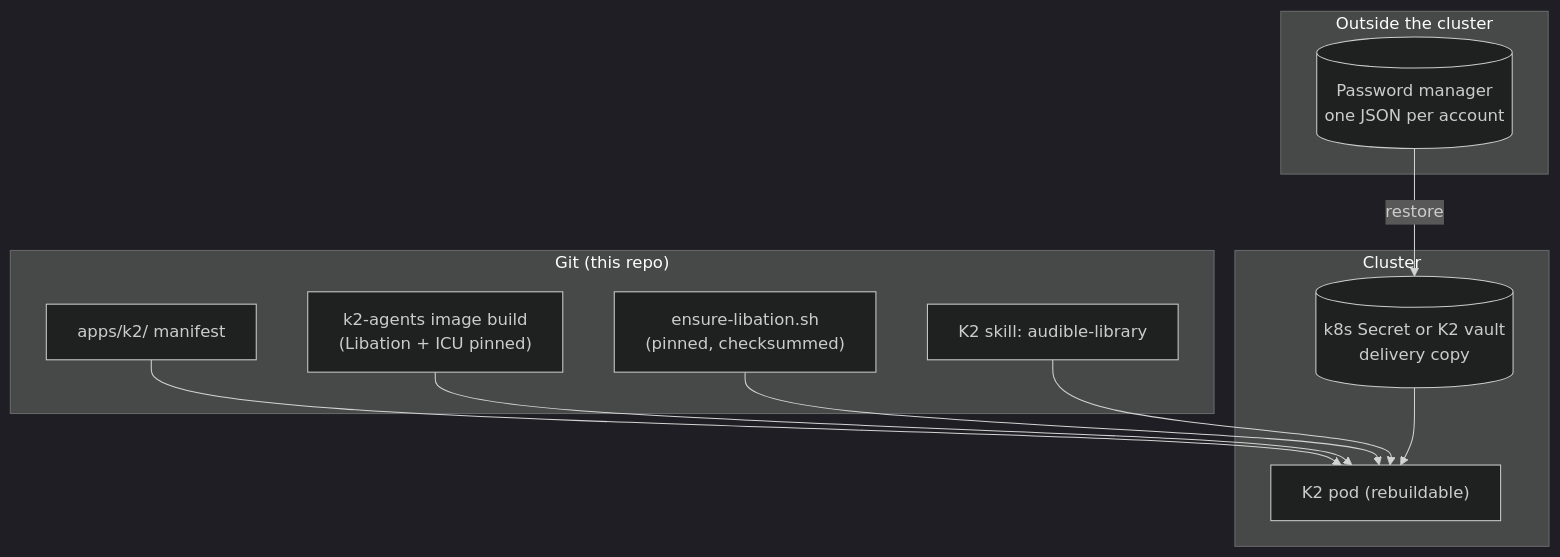
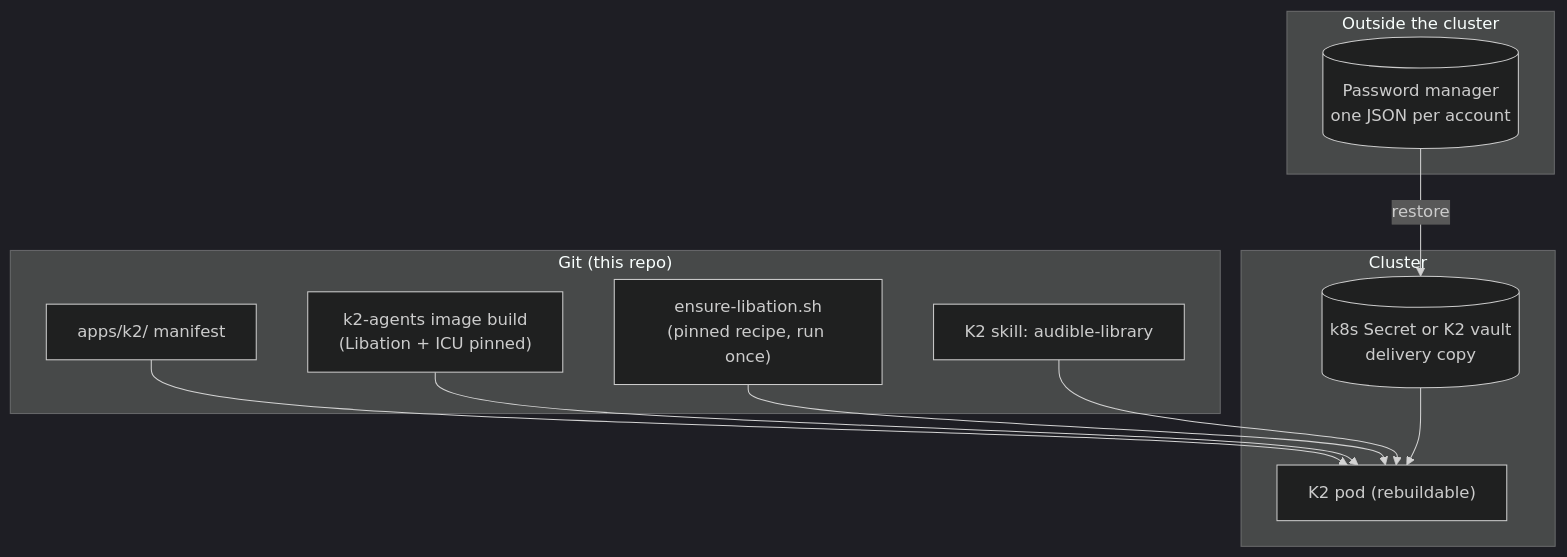
One commit to mlops-club/homelab-cluster changed the diagram in .roadmap/features/planning/audible-libation-agent/05-setup-and-reproducibility.md. Above: the diagram before and after it, drawn with Mermaid (dark theme). The commit also changed other lines of this file and 1 other file, not shown here.

Commit message:
docs(audible-agent): run install recipe once, add visual MVP plan

````diff
--- a/.roadmap/features/planning/audible-libation-agent/05-setup-and-reproducibility.md
+++ b/.roadmap/features/planning/audible-libation-agent/05-setup-and-reproducibility.md
@@ -33,21 +35,21 @@
 ```mermaid
 flowchart TB
   subgraph git["Git (this repo)"]
     M["apps/k2/ manifest"]
     I["k2-agents image build<br/>(Libation + ICU pinned)"]
-    S["ensure-libation.sh<br/>(pinned, checksummed)"]
+    S["ensure-libation.sh<br/>(pinned recipe, run once)"]
     SK["K2 skill: audible-library"]
   end
   subgraph outside["Outside the cluster"]
     PW[("Password manager<br/>one JSON per account")]
   end
   subgraph cluster["Cluster"]
     POD["K2 pod (rebuildable)"]
     SEC[("k8s Secret or K2 vault<br/>delivery copy")]
   end
   M --> POD
   I --> POD
   S --> POD
   SK --> POD
   PW -->|restore| SEC --> POD
 ```
````
